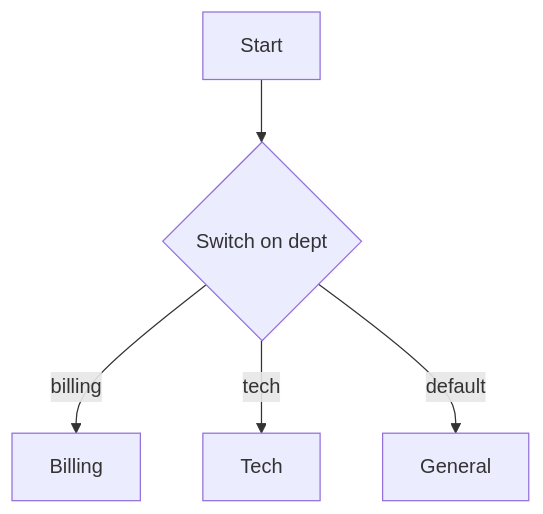
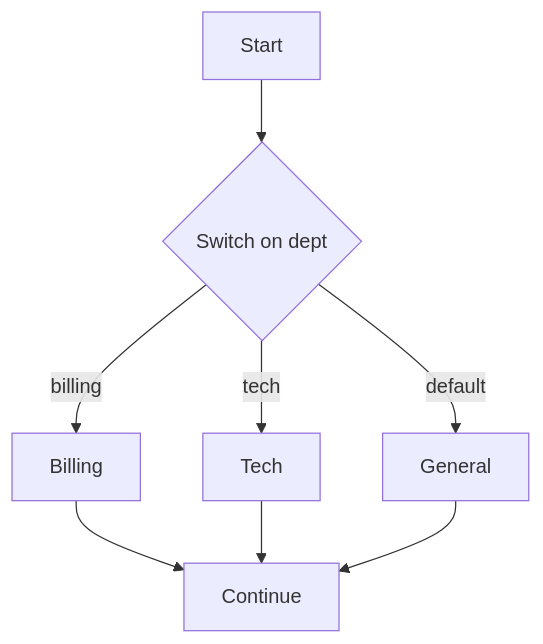
One commit to MindMadeLab/quartermaster-sdk-py changed the seventh of 8 diagrams in docs/nodes/control-flow-nodes.md. Above: the diagram before and after it, drawn with Mermaid. The commit also changed other lines of this file and 4 other files, not shown here.

````diff
--- a/docs/nodes/control-flow-nodes.md
+++ b/docs/nodes/control-flow-nodes.md
@@ -345,7 +373,10 @@
 ```mermaid
 graph TD
     S[Start] --> SW{Switch on dept}
     SW -->|billing| B[Billing]
     SW -->|tech| T[Tech]
     SW -->|default| G[General]
+    B --> N[Continue]
+    T --> N
+    G --> N
 ```
````
